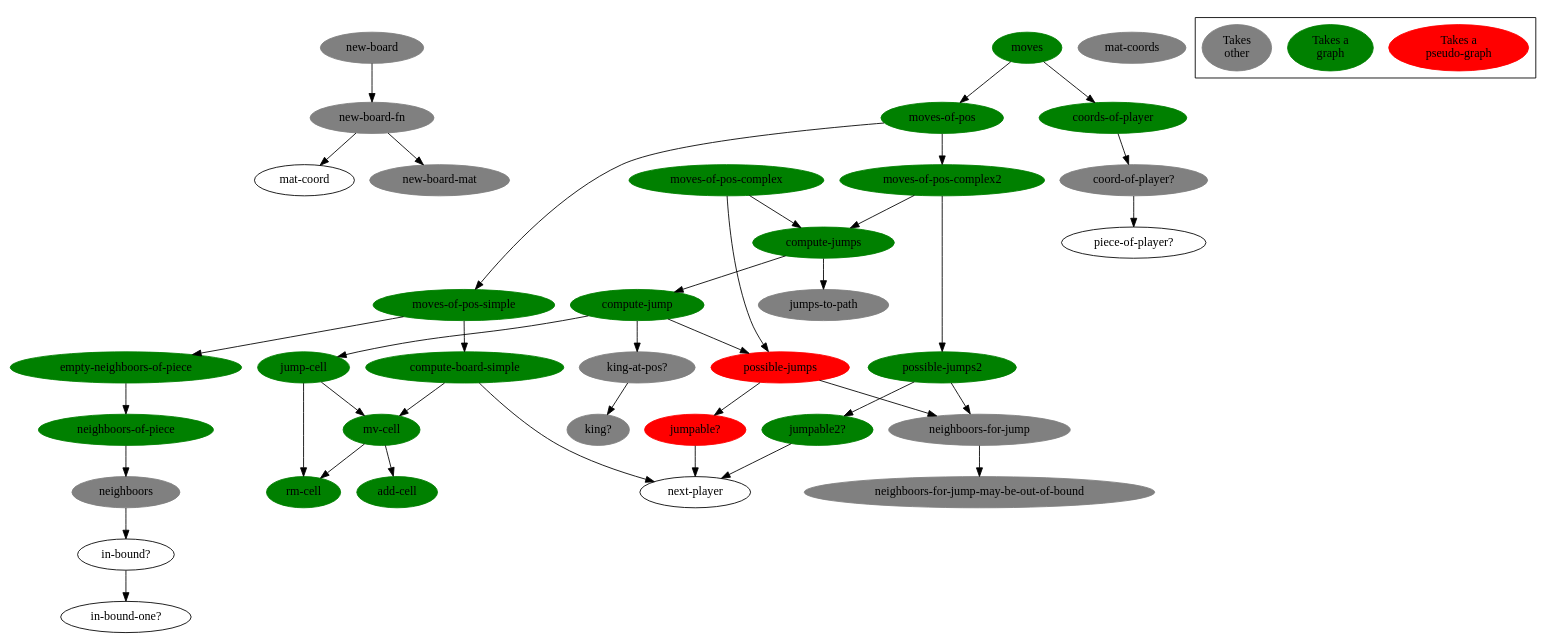
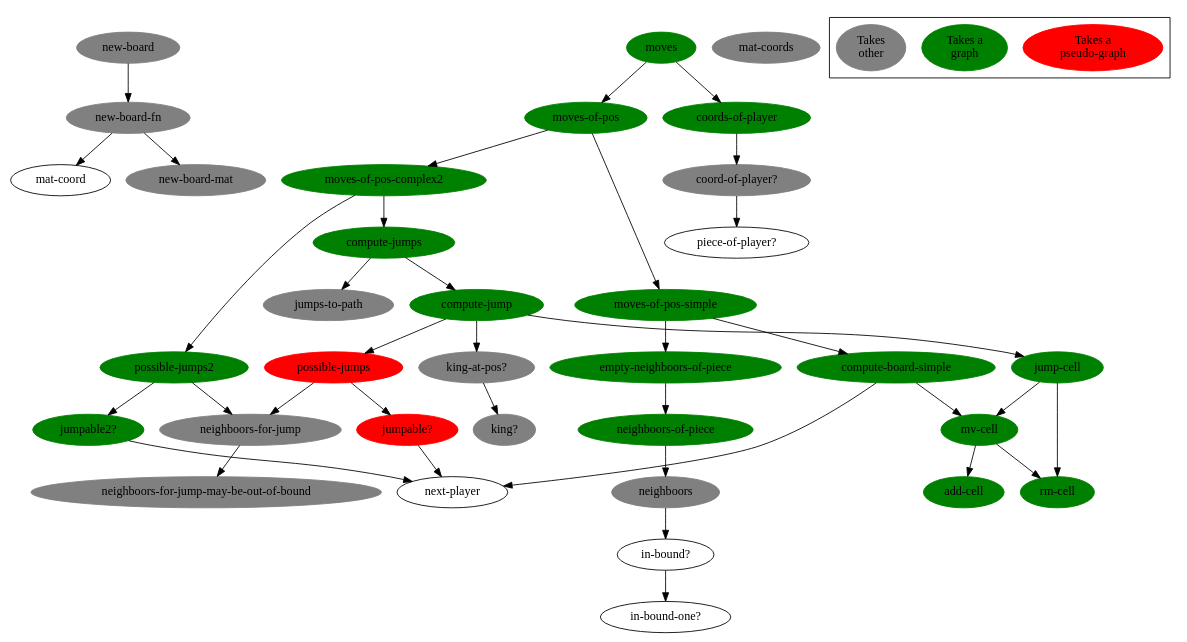
Before and after one commit to denlab/clojure-plays-checkers: the diagram in doc/function-graph-detailled.dot, drawn with Graphviz. The commit also changed 1 other file, not shown here.

Commit message:
refacto-in-progress: removed moves-of-pos-complex, next step rename moves-of-pos-complex2

```diff
--- a/doc/function-graph-detailled.dot
+++ b/doc/function-graph-detailled.dot
@@ -1,123 +1,119 @@
 digraph funtions {
 
 /******************************************************************************
  *                         edges                                              *         
  ******************************************************************************/
 
         "new-board-fn" -> "mat-coord";
         "new-board-fn" -> "new-board-mat";
         
         "new-board" -> "new-board-fn";
 
         "in-bound?" -> "in-bound-one?";
 
         "neighboors" -> "in-bound?";
 
         "neighboors-of-piece" -> "neighboors";
 
         "empty-neighboors-of-piece" -> "neighboors-of-piece";
 
         "mv-cell" -> "rm-cell";
         "mv-cell" -> "add-cell";
 
         "compute-board-simple" -> "mv-cell";
         "compute-board-simple" -> "next-player";
 
         "moves-of-pos-simple" -> "compute-board-simple";
         "moves-of-pos-simple" ->  "empty-neighboors-of-piece";
         
         "neighboors-for-jump" -> "neighboors-for-jump-may-be-out-of-bound";
 
         "jumpable?" -> "next-player";
         "jumpable2?" -> "next-player";
 
         "possible-jumps" -> "jumpable?";
         "possible-jumps" -> "neighboors-for-jump";
 
         "possible-jumps2" -> "jumpable2?";
         "possible-jumps2" -> "neighboors-for-jump";
 
         "jump-cell" -> "rm-cell";
         "jump-cell" -> "mv-cell";
 
         "king-at-pos?" -> "king?";
 
         "compute-jump" -> "jump-cell";
         "compute-jump" -> "possible-jumps";
         "compute-jump" -> "king-at-pos?";
 
         "compute-jumps" -> "compute-jump";
         "compute-jumps" -> "jumps-to-path";
 
-        "moves-of-pos-complex" -> "compute-jumps";
-        "moves-of-pos-complex" -> "possible-jumps";
-
         "moves-of-pos-complex2" -> "compute-jumps";
         "moves-of-pos-complex2" -> "possible-jumps2";
 
         "moves-of-pos" -> "moves-of-pos-simple";
         "moves-of-pos" -> "moves-of-pos-complex2";
 
         "coord-of-player?" -> "piece-of-player?";
 
         "coords-of-player" -> "coord-of-player?";
 
         "moves" -> "moves-of-pos";
         "moves" -> "coords-of-player";
 
 /******************************************************************************
  *                         nodes                                              *         
  ******************************************************************************/
 
         "moves"[bgcolor=green color=green style=filled];
         "coords-of-player"[bgcolor=green color=green style=filled];
         "moves-of-pos"[bgcolor=green color=green style=filled];
-        "moves-of-pos-complex"[bgcolor=green color=green style=filled];
         "moves-of-pos-complex2"[bgcolor=green color=green style=filled];
         "moves-of-pos-simple"[bgcolor=green color=green style=filled];
         "compute-board-simple"[bgcolor=green color=green style=filled];
         "mv-cell"[bgcolor=green color=green style=filled];
         "add-cell"[bgcolor=green color=green style=filled];
         "rm-cell"[bgcolor=green color=green style=filled];
         "empty-neighboors-of-piece"[bgcolor=green color=green style=filled];
         "neighboors-of-piece"[bgcolor=green color=green style=filled];
 
         "compute-jump"[bgcolor=green color=green style=filled];
 
         "jump-cell"[bgcolor=green color=green style=filled];
         "possible-jumps"[bgcolor=red color=red style=filled];
         "possible-jumps2"[bgcolor=green color=green style=filled];
         "jumpable?"[bgcolor=red color=red style=filled];
         "jumpable2?"[bgcolor=green color=green style=filled];
 
         "coord-of-player?"[bgcolor=grey color=grey style=filled];
         "jumps-to-path"[bgcolor=grey color=grey style=filled];
         "king-at-pos?"[bgcolor=grey color=grey style=filled];
         "king?"[bgcolor=grey color=grey style=filled];
         "neighboors-for-jump"[bgcolor=grey color=grey style=filled];
         "neighboors-for-jump-may-be-out-of-bound"[bgcolor=grey color=grey style=filled];
         "neighboors"[bgcolor=grey color=grey style=filled];
         "new-board"[bgcolor=grey color=grey style=filled];
         "new-board-fn"[bgcolor=grey color=grey style=filled];
         "new-board-mat"[bgcolor=grey color=grey style=filled];
         "mat-coords"[bgcolor=grey color=grey style=filled];
 
 
         "compute-jumps"[bgcolor=green color=green style=filled];
 
 /******************************************************************************
  *                         legend                                             *         
  ******************************************************************************/
 
         "Takes a\npseudo-graph"[bgcolor=red color=red style=filled];
         "Takes a\ngraph"[bgcolor=green color=green style=filled];
 //        "Takes\nother"[bgcolor="#94003f" color="#94003f" style=filled];
         "Takes\nother"[bgcolor=grey color=grey style=filled];
 
         subgraph "cluster-legend" {
                 "Takes a\npseudo-graph";
                 "Takes a\ngraph";
                 "Takes\nother";
         }
 
 }
```
